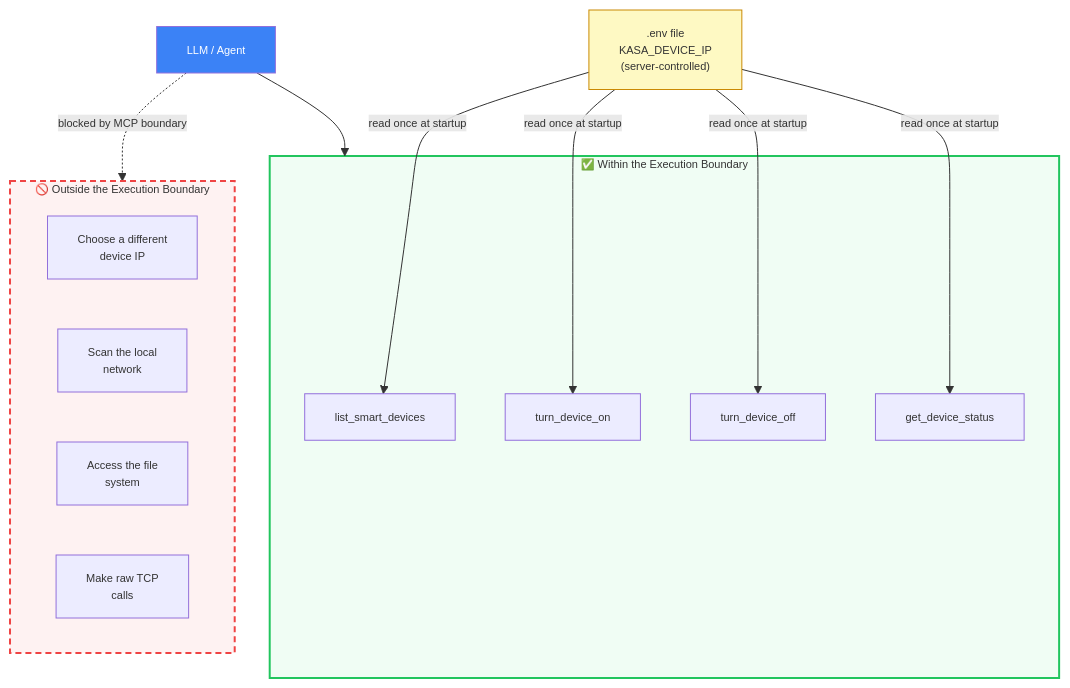
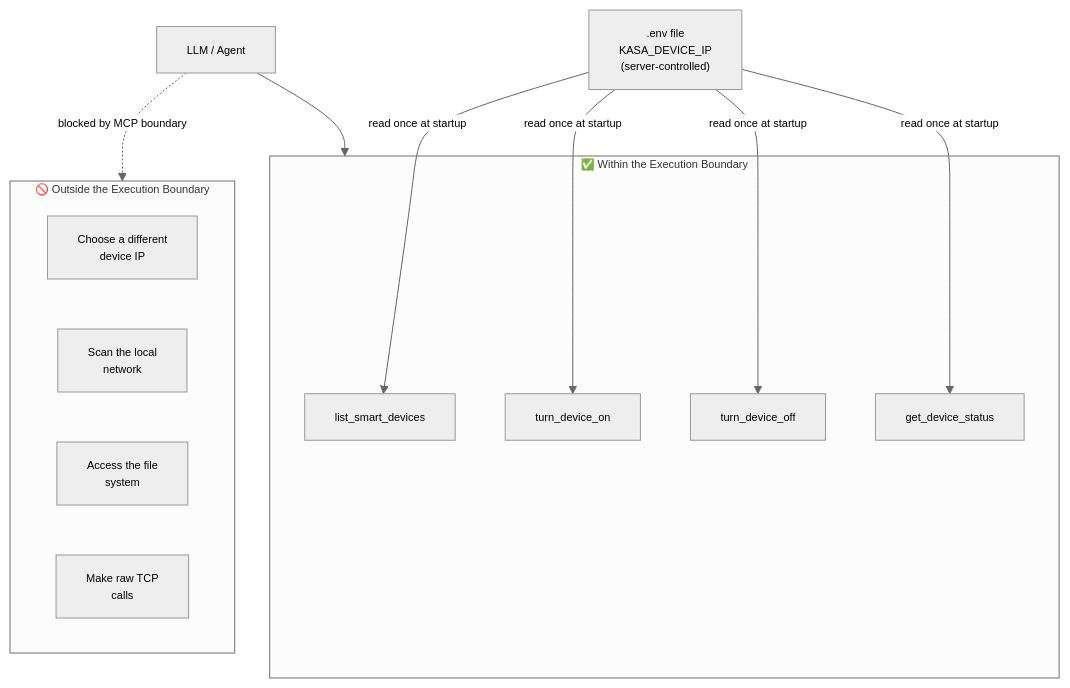
Before and after one commit to the-write-path-code/ch08-model-context-protocol: the fourth of 8 diagrams in workflow/workflow.md, drawn with Mermaid. The commit also changed other lines of this file, not shown here.

Commit message:
Update mermaid diagram themes in workflow.md

````diff
--- a/workflow/workflow.md
+++ b/workflow/workflow.md
@@ -107,33 +102,29 @@
 ```mermaid
 flowchart TD
-%%{init: {"themeVariables": {"fontFamily": "Arial, Helvetica, sans-serif", "fontSize": "11px", "actorFontSize": "11px", "noteFontSize": "10px", "messageFontSize": "10px"}}}%%
+%%{init: {"theme": "neutral", "themeVariables": {"fontFamily": "Arial, Helvetica, sans-serif", "fontSize": "11px", "actorFontSize": "11px", "noteFontSize": "10px", "messageFontSize": "10px"}}}%%
     MODEL["LLM / Agent"]
 
     subgraph ALLOWED ["✅ Within the Execution Boundary"]
         T1["list_smart_devices"]
         T2["turn_device_on"]
         T3["turn_device_off"]
         T4["get_device_status"]
     end
 
     subgraph BLOCKED ["🚫 Outside the Execution Boundary"]
         B1["Choose a different\ndevice IP"]
         B2["Scan the local\nnetwork"]
         B3["Access the file\nsystem"]
         B4["Make raw TCP\ncalls"]
     end
 
     ENV[".env file\nKASA_DEVICE_IP\n(server-controlled)"]
 
     MODEL --> ALLOWED
     MODEL -. "blocked by MCP boundary" .-> BLOCKED
     ENV -->|"read once at startup"| T1
     ENV -->|"read once at startup"| T2
     ENV -->|"read once at startup"| T3
     ENV -->|"read once at startup"| T4
 
-    style ALLOWED fill:#f0fdf4,stroke:#22c55e,stroke-width:2px
-    style BLOCKED fill:#fef2f2,stroke:#ef4444,stroke-width:2px,stroke-dasharray:6 4
-    style ENV fill:#fef9c3,stroke:#ca8a04
-    style MODEL fill:#3b82f6,color:#fff
 ```
````
